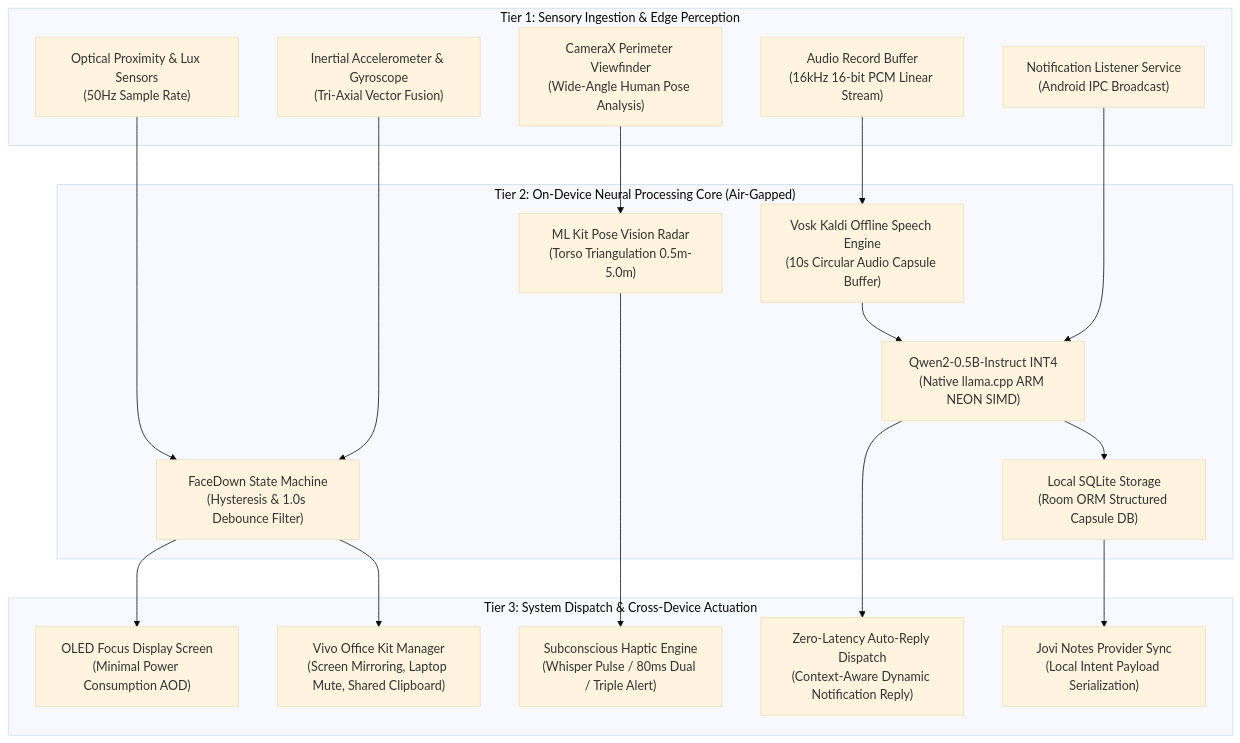
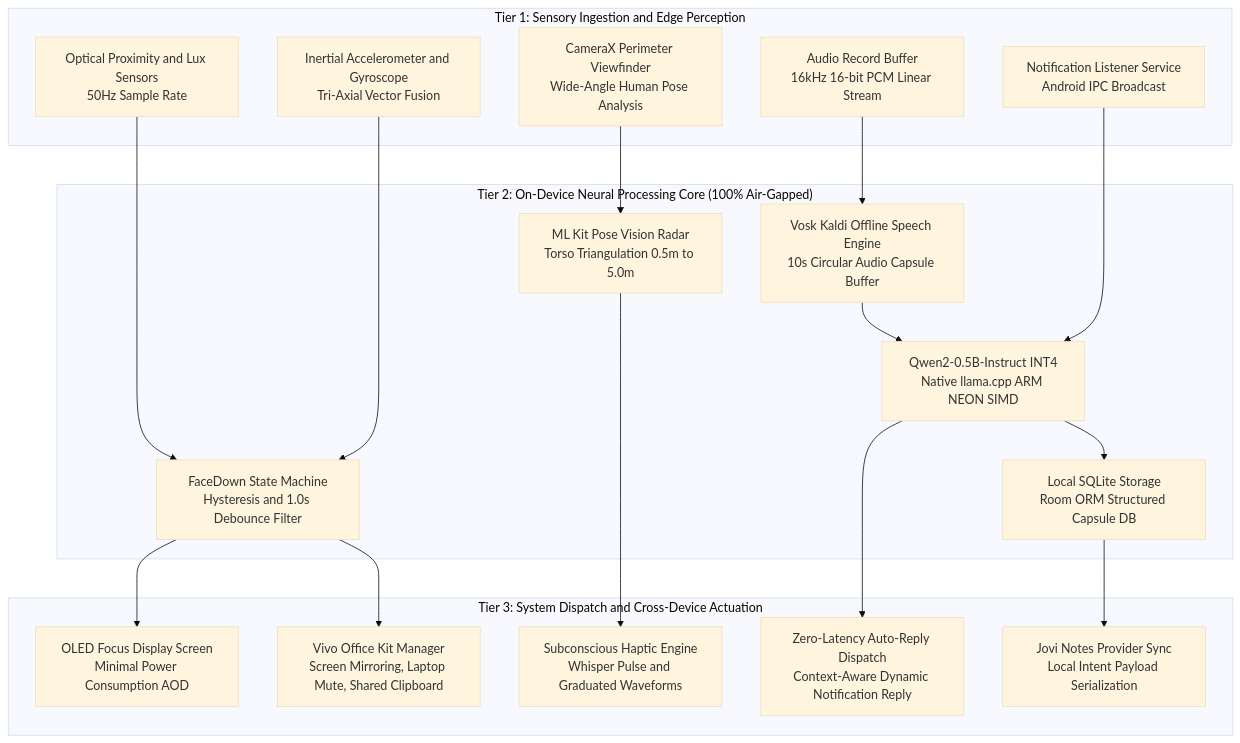
Before and after one commit to Aditya-Lingam-9000/AuraDesk: the first of 7 diagrams in README.md, drawn with Mermaid (base theme). The commit also changed other lines of this file, not shown here.

Commit message:
docs: comprehensive on-device AI documentation, fixed  mermaid diagrams, updated author

````diff
--- a/README.md
+++ b/README.md
@@ -40,40 +42,40 @@
 ```mermaid
 graph TD
-    subgraph SENSORY_INGESTION ["Tier 1: Sensory Ingestion & Edge Perception"]
-        A1["Optical Proximity & Lux Sensors<br/>(50Hz Sample Rate)"]
-        A2["Inertial Accelerometer & Gyroscope<br/>(Tri-Axial Vector Fusion)"]
-        A3["CameraX Perimeter Viewfinder<br/>(Wide-Angle Human Pose Analysis)"]
-        A4["Audio Record Buffer<br/>(16kHz 16-bit PCM Linear Stream)"]
-        A5["Notification Listener Service<br/>(Android IPC Broadcast)"]
+    subgraph SENSORY_INGESTION ["Tier 1: Sensory Ingestion and Edge Perception"]
+        A1["Optical Proximity and Lux Sensors<br/>50Hz Sample Rate"]
+        A2["Inertial Accelerometer and Gyroscope<br/>Tri-Axial Vector Fusion"]
+        A3["CameraX Perimeter Viewfinder<br/>Wide-Angle Human Pose Analysis"]
+        A4["Audio Record Buffer<br/>16kHz 16-bit PCM Linear Stream"]
+        A5["Notification Listener Service<br/>Android IPC Broadcast"]
     end
 
-    subgraph ON_DEVICE_NEURAL_CORE ["Tier 2: On-Device Neural Processing Core (Air-Gapped)"]
-        B1["FaceDown State Machine<br/>(Hysteresis & 1.0s Debounce Filter)"]
-        B2["ML Kit Pose Vision Radar<br/>(Torso Triangulation 0.5m-5.0m)"]
-        B3["Vosk Kaldi Offline Speech Engine<br/>(10s Circular Audio Capsule Buffer)"]
-        B4["Qwen2-0.5B-Instruct INT4<br/>(Native llama.cpp ARM NEON SIMD)"]
-        B5["Local SQLite Storage<br/>(Room ORM Structured Capsule DB)"]
+    subgraph ON_DEVICE_NEURAL_CORE ["Tier 2: On-Device Neural Processing Core (100% Air-Gapped)"]
+        B1["FaceDown State Machine<br/>Hysteresis and 1.0s Debounce Filter"]
+        B2["ML Kit Pose Vision Radar<br/>Torso Triangulation 0.5m to 5.0m"]
+        B3["Vosk Kaldi Offline Speech Engine<br/>10s Circular Audio Capsule Buffer"]
+        B4["Qwen2-0.5B-Instruct INT4<br/>Native llama.cpp ARM NEON SIMD"]
+        B5["Local SQLite Storage<br/>Room ORM Structured Capsule DB"]
     end
 
-    subgraph SYSTEM_DISPATCH ["Tier 3: System Dispatch & Cross-Device Actuation"]
-        C1["Subconscious Haptic Engine<br/>(Whisper Pulse / 80ms Dual / Triple Alert)"]
-        C2["OLED Focus Display Screen<br/>(Minimal Power Consumption AOD)"]
-        C3["Zero-Latency Auto-Reply Dispatch<br/>(Context-Aware Dynamic Notification Reply)"]
-        C4["Vivo Office Kit Manager<br/>(Screen Mirroring, Laptop Mute, Shared Clipboard)"]
-        C5["Jovi Notes Provider Sync<br/>(Local Intent Payload Serialization)"]
+    subgraph SYSTEM_DISPATCH ["Tier 3: System Dispatch and Cross-Device Actuation"]
+        C1["Subconscious Haptic Engine<br/>Whisper Pulse and Graduated Waveforms"]
+        C2["OLED Focus Display Screen<br/>Minimal Power Consumption AOD"]
+        C3["Zero-Latency Auto-Reply Dispatch<br/>Context-Aware Dynamic Notification Reply"]
+        C4["Vivo Office Kit Manager<br/>Screen Mirroring, Laptop Mute, Shared Clipboard"]
+        C5["Jovi Notes Provider Sync<br/>Local Intent Payload Serialization"]
     end
 
     A1 --> B1
     A2 --> B1
     A3 --> B2
     A4 --> B3
     A5 --> B4
 
     B1 --> C2
     B1 --> C4
     B2 --> C1
     B3 --> B4
     B4 --> C3
     B4 --> B5
     B5 --> C5
 ```
````
